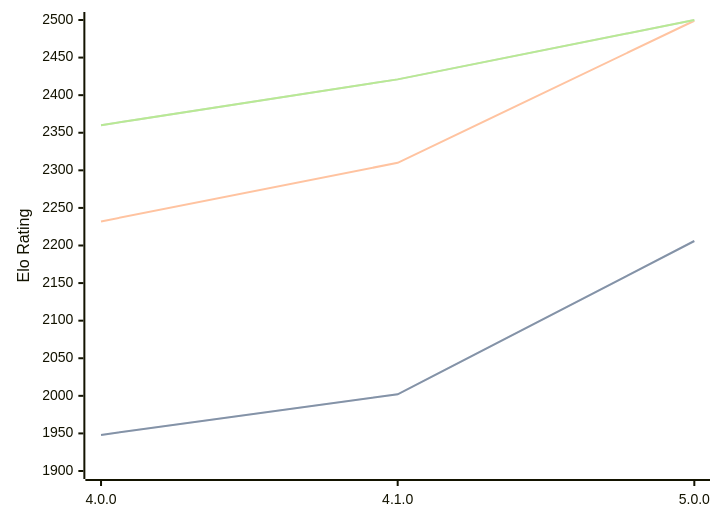
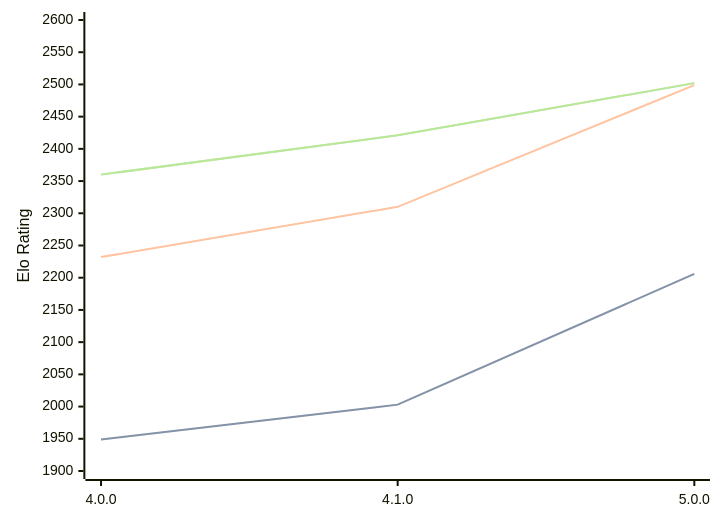
Before and after one commit to computer-chess-index/cci: the diagram in engines/Aconcagua.md, drawn with Mermaid. The commit also changed other lines of this file, not shown here.

Commit message:
Update CCI Ratings (ELO VLTC) - 2026-02-18

````diff
--- a/engines/Aconcagua.md
+++ b/engines/Aconcagua.md
@@ -39,11 +39,11 @@
 ```mermaid
 %%{init: {"theme":"base","themeVariables":{"seriesColors:['#a3a3a3','#222221','#faa371']}}}%%
 xychart-beta
   x-axis ["4.0.0", "4.1.0", "5.0.0"]
-  y-axis "Elo Rating" 1900 --> 2500
-  line "STC (8.0+0.08s)" [1948, 2002, 2206]
-  line "STC (8.0+0.08s)" [1948, 2002, 2206]
+  y-axis "Elo Rating" 1900 --> 2600
+  line "STC (8.0+0.08s)" [1949, 2003, 2206]
+  line "STC (8.0+0.08s)" [1949, 2003, 2206]
   line "LTC (60.0+0.60s)" [2232, 2310, 2499]
-  line "VLTC (2m24s+1.12s)" [2360, 2421, 2500]
-  line "VLTC (2m24s+1.12s)" [2360, 2421, 2500]
+  line "VLTC (2m24s+1.12s)" [2360, 2421, 2502]
+  line "VLTC (2m24s+1.12s)" [2360, 2421, 2502]
 ```
````
